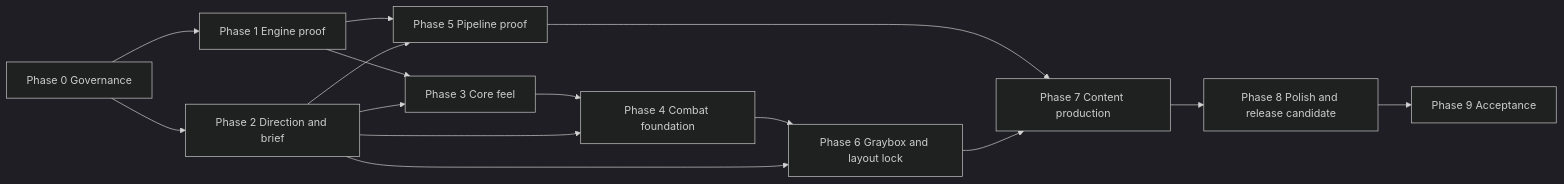
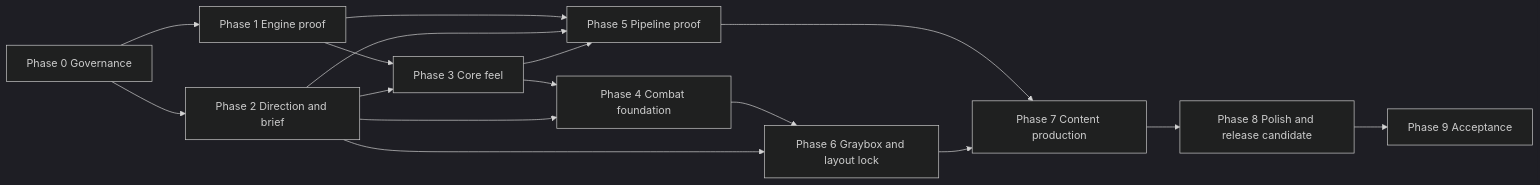
Before and after one commit to nkramber/fps-game: the diagram in docs/design.md, drawn with Mermaid (dark theme). The commit also changed other lines of this file and 7 other files, not shown here.

Commit message:
docs: the focused roadmap of phase 3 (PR-20) (#21)

````diff
--- a/docs/design.md
+++ b/docs/design.md
@@ -169,17 +171,18 @@
 ```mermaid
 flowchart LR
   P0[Phase 0 Governance] --> P1[Phase 1 Engine proof]
   P0 --> P2[Phase 2 Direction and brief]
   P1 --> P3[Phase 3 Core feel]
   P2 --> P3
   P3 --> P4[Phase 4 Combat foundation]
   P2 --> P4
   P1 --> P5[Phase 5 Pipeline proof]
   P2 --> P5
+  P3 --> P5
   P4 --> P6[Phase 6 Graybox and layout lock]
   P2 --> P6
   P5 --> P7[Phase 7 Content production]
   P6 --> P7
   P7 --> P8[Phase 8 Polish and release candidate]
   P8 --> P9[Phase 9 Acceptance]
 ```
````
